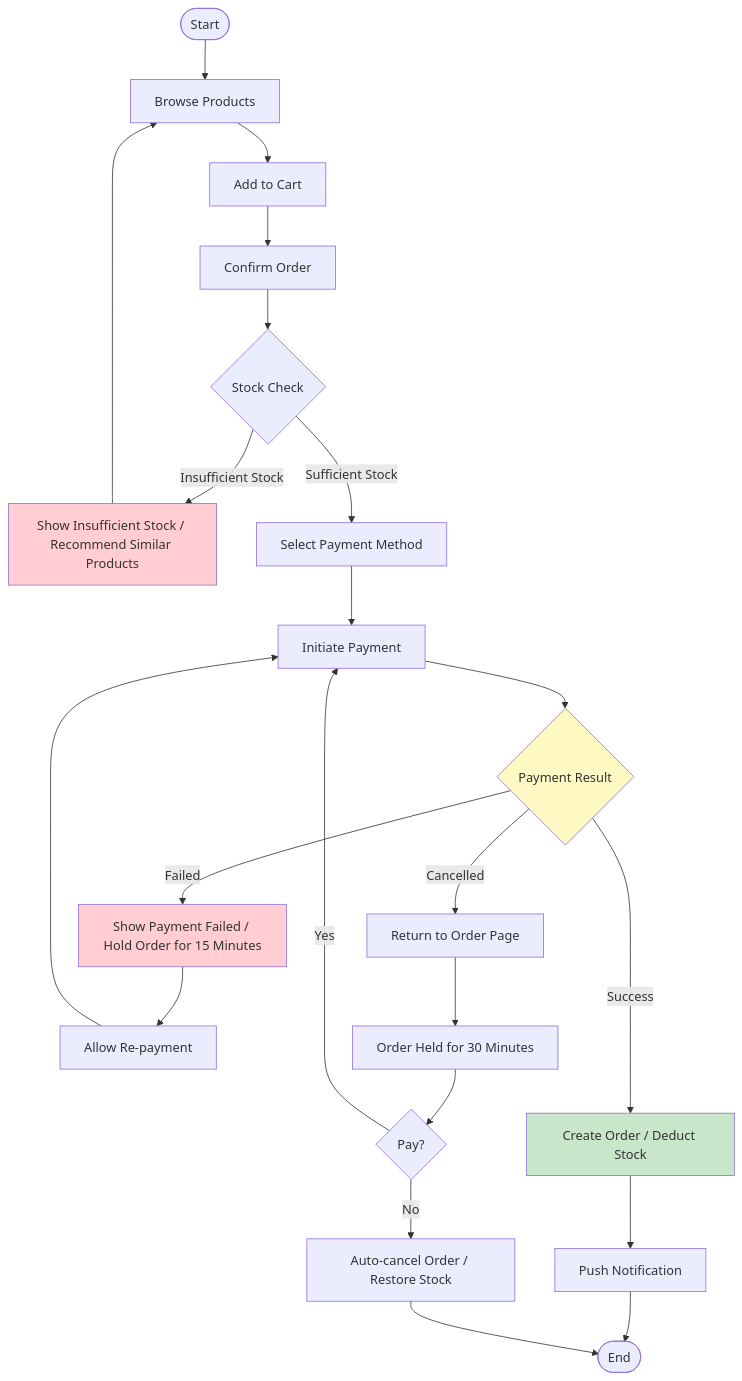
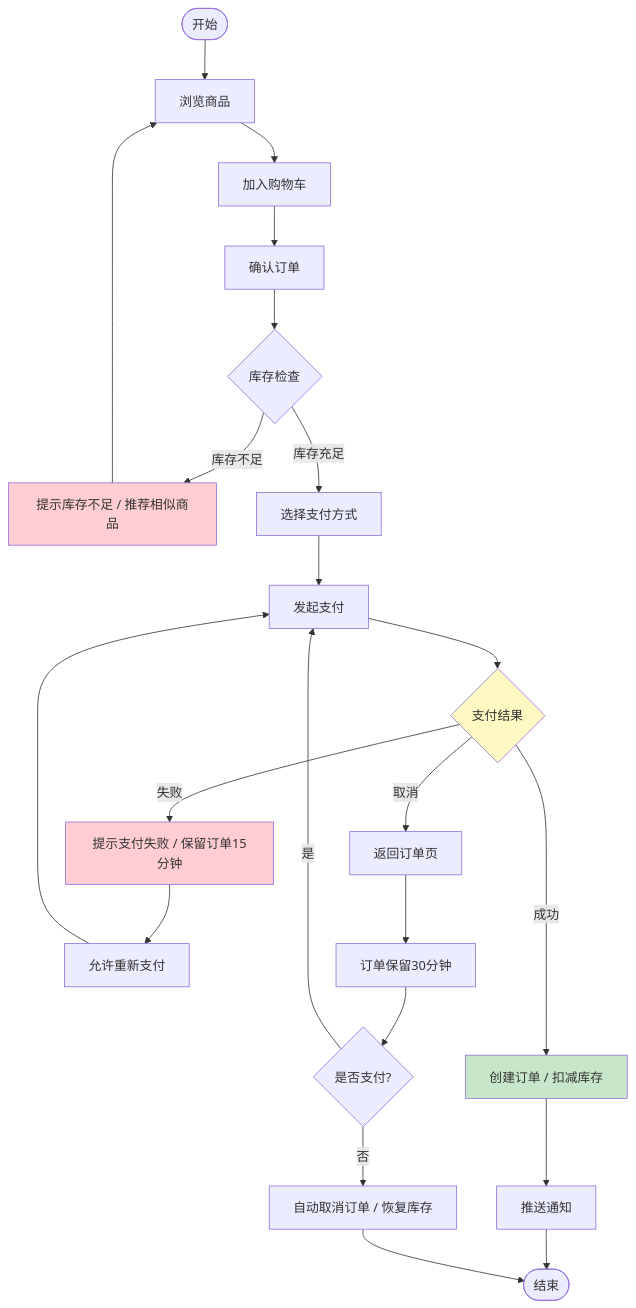
One commit to Kirky-X/cangjie changed the eighth of 12 diagrams in templates/Product/Product/Template-PRD.md. Above: the diagram before and after it, drawn with Mermaid. The commit also changed other lines of this file and 33 other files, not shown here.

````diff
--- a/templates/Product/Product/Template-PRD.md
+++ b/templates/Product/Product/Template-PRD.md
@@ -409,29 +409,29 @@
 ```mermaid
 flowchart TD
-    Start([Start]) --> A[Browse Products]
-    A --> B[Add to Cart]
-    B --> C[Confirm Order]
-    C --> D{Stock Check}
-    D -->|Insufficient Stock| E[Show Insufficient Stock / Recommend Similar Products]
+    Start([开始]) --> A[浏览商品]
+    A --> B[加入购物车]
+    B --> C[确认订单]
+    C --> D{库存检查}
+    D -->|库存不足| E[提示库存不足 / 推荐相似商品]
     E --> A
-    D -->|Sufficient Stock| F[Select Payment Method]
-    F --> G[Initiate Payment]
-    G --> H{Payment Result}
-    H -->|Success| I[Create Order / Deduct Stock]
-    H -->|Failed| J[Show Payment Failed / Hold Order for 15 Minutes]
-    H -->|Cancelled| K[Return to Order Page]
-    I --> L[Push Notification]
-    J --> M[Allow Re-payment]
+    D -->|库存充足| F[选择支付方式]
+    F --> G[发起支付]
+    G --> H{支付结果}
+    H -->|成功| I[创建订单 / 扣减库存]
+    H -->|失败| J[提示支付失败 / 保留订单15分钟]
+    H -->|取消| K[返回订单页]
+    I --> L[推送通知]
+    J --> M[允许重新支付]
     M --> G
-    K --> N[Order Held for 30 Minutes]
-    N --> O{Pay?}
-    O -->|Yes| G
-    O -->|No| P[Auto-cancel Order / Restore Stock]
-    L --> Q([End])
+    K --> N[订单保留30分钟]
+    N --> O{是否支付?}
+    O -->|是| G
+    O -->|否| P[自动取消订单 / 恢复库存]
+    L --> Q([结束])
     P --> Q
 
     style I fill:#c8e6c9
     style H fill:#fff9c4
     style E fill:#ffcdd2
     style J fill:#ffcdd2
 ```
````
